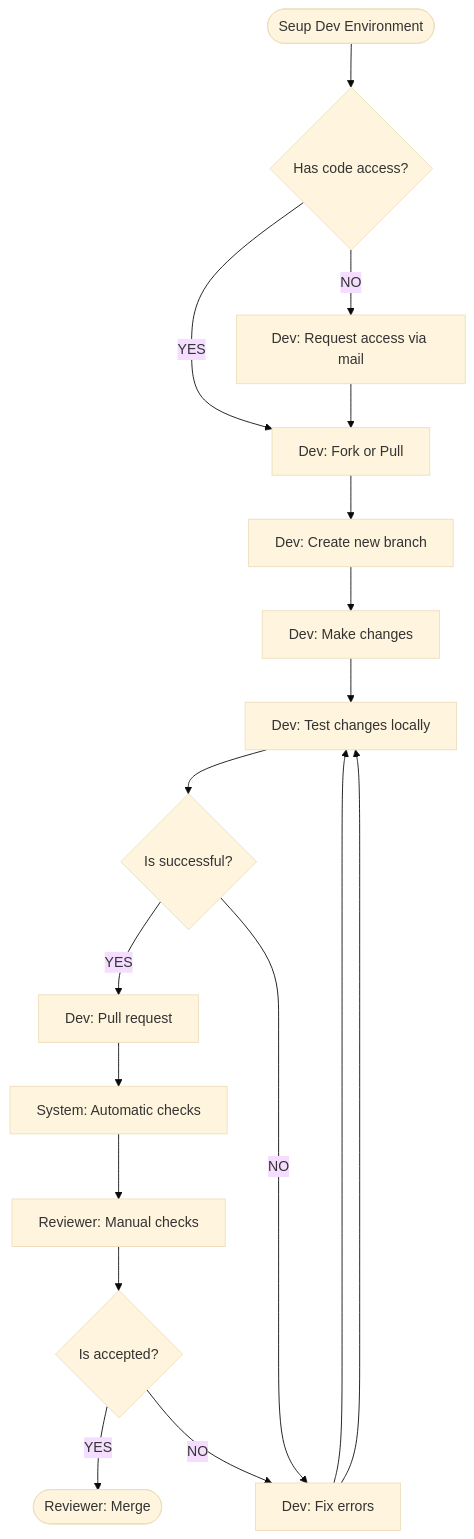
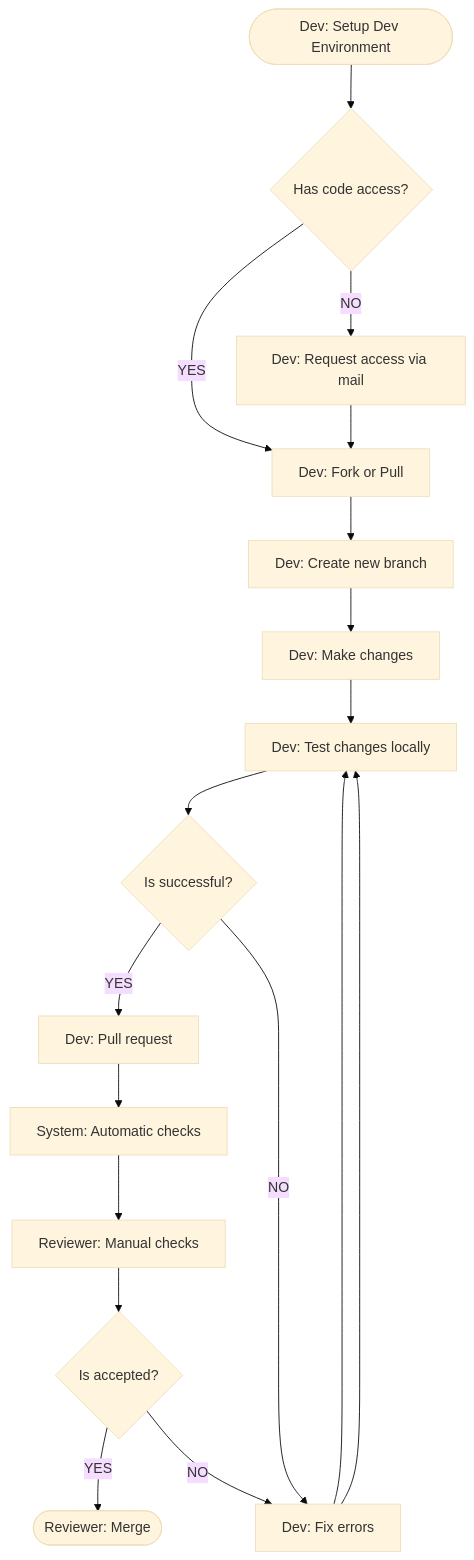
Before and after one commit to Karaka-Management/Organization-Guide: the diagram in Processes/01_Development_Flowchart.md, drawn with Mermaid (base theme).

````diff
--- a/Processes/01_Development_Flowchart.md
+++ b/Processes/01_Development_Flowchart.md
@@ -3,20 +3,20 @@
 ```mermaid
 graph TD;
-    SETUP_DEV_ENV([Seup Dev Environment])-->HAS_ACCESS{Has code access?};
+    SETUP_DEV_ENV([Dev: Setup Dev Environment])-->HAS_ACCESS{Has code access?};
     HAS_ACCESS-- YES -->FORK[Dev: Fork or Pull];
     HAS_ACCESS-- NO -->REQUEST_ACCESS[Dev: Request access via mail];
     FORK-->NEW_BRANCH[Dev: Create new branch];
     REQUEST_ACCESS-->FORK;
     NEW_BRANCH-->CHANGE[Dev: Make changes];
     CHANGE-->TEST_CHANGE[Dev: Test changes locally];
     TEST_CHANGE-->IS_SUCCESSFUL{Is successful?};
     IS_SUCCESSFUL-- YES -->PULL_REQUEST[Dev: Pull request];
     IS_SUCCESSFUL-- NO -->FIX[Dev: Fix errors];
     FIX-->TEST_CHANGE;
     PULL_REQUEST-->AUTOMATIC_CHECKS[System: Automatic checks]
     AUTOMATIC_CHECKS-->MANUAL_CHECKS[Reviewer: Manual checks]
     MANUAL_CHECKS-->IS_ACCEPTED{Is accepted?};
     IS_ACCEPTED-- YES -->MERGE([Reviewer: Merge]);
     IS_ACCEPTED-- NO -->FIX;
     FIX-->TEST_CHANGE;
 ```
````
